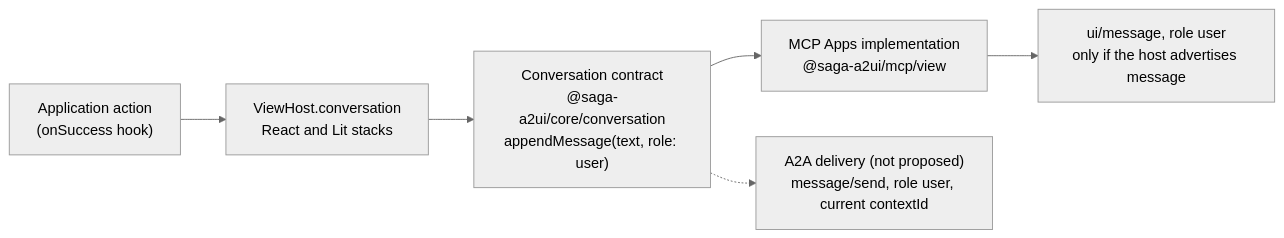
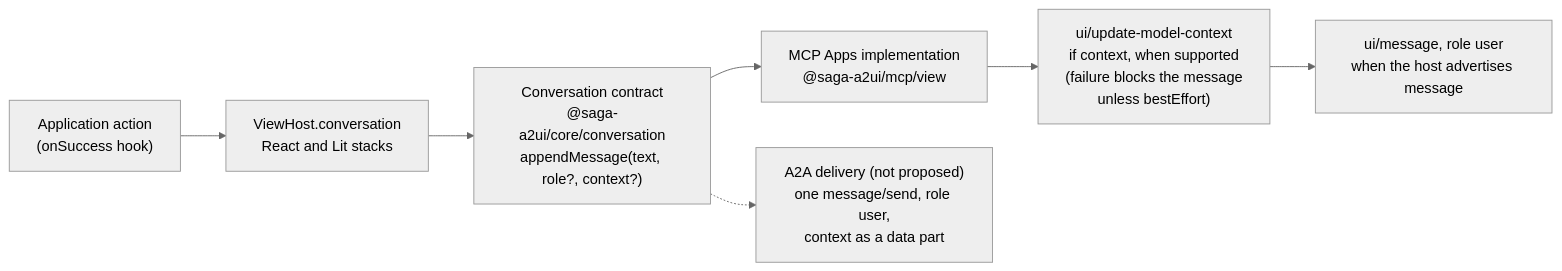
One commit to MachineWisdomAI/saga-a2ui changed the diagram in diagrams/view-conversation.mmd. Above: the diagram before and after it, drawn with Mermaid (neutral theme). The commit also changed 7 other files, not shown here.

First line of the commit message:
docs(blueprints): pass game context with the move message and report finished games

```diff
--- a/diagrams/view-conversation.mmd
+++ b/diagrams/view-conversation.mmd
@@ -1,10 +1,11 @@
 graph LR
   APP["Application action<br/>(onSuccess hook)"]
-  C["Conversation contract<br/>@saga-a2ui/core/conversation<br/>appendMessage(text, role: user)"]
   ST["ViewHost.conversation<br/>React and Lit stacks"]
+  C["Conversation contract<br/>@saga-a2ui/core/conversation<br/>appendMessage(text, role?, context?)"]
   M["MCP Apps implementation<br/>@saga-a2ui/mcp/view"]
-  UI["ui/message, role user<br/>only if the host advertises message"]
-  A2A["A2A delivery (not proposed)<br/>message/send, role user, current contextId"]
+  CTX["ui/update-model-context<br/>if context, when supported<br/>(failure blocks the message<br/>unless bestEffort)"]
+  UI["ui/message, role user<br/>when the host advertises message"]
+  A2A["A2A delivery (not proposed)<br/>one message/send, role user,<br/>context as a data part"]
   APP --> ST --> C
-  C --> M --> UI
+  C --> M --> CTX --> UI
   C -.-> A2A
```
